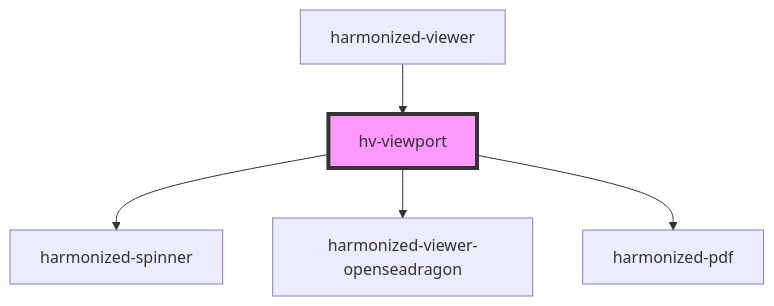
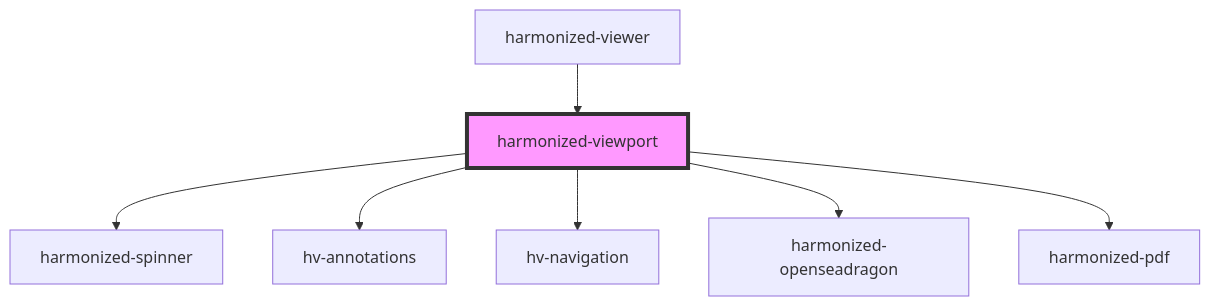
Before and after one commit to bac-lac/lac-harmonized-viewer: the diagram in src/components/viewport-component/readme.md, drawn with Mermaid. The commit also changed other lines of this file and 19 other files, not shown here.

````diff
--- a/src/components/viewport-component/readme.md
+++ b/src/components/viewport-component/readme.md
@@ -21,8 +32,10 @@
 ```mermaid
 graph TD;
-  hv-viewport --> harmonized-spinner
-  hv-viewport --> harmonized-viewer-openseadragon
-  hv-viewport --> harmonized-pdf
-  harmonized-viewer --> hv-viewport
-  style hv-viewport fill:#f9f,stroke:#333,stroke-width:4px
+  harmonized-viewport --> harmonized-spinner
+  harmonized-viewport --> hv-annotations
+  harmonized-viewport --> hv-navigation
+  harmonized-viewport --> harmonized-openseadragon
+  harmonized-viewport --> harmonized-pdf
+  harmonized-viewer --> harmonized-viewport
+  style harmonized-viewport fill:#f9f,stroke:#333,stroke-width:4px
 ```
````
